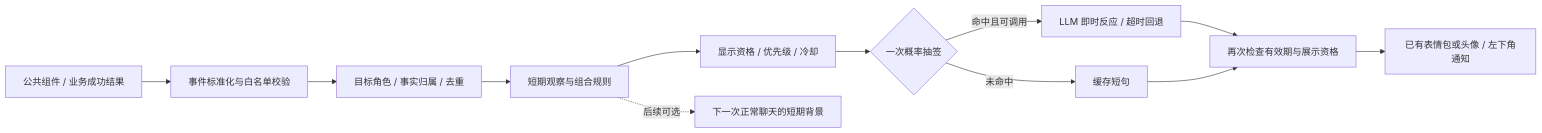
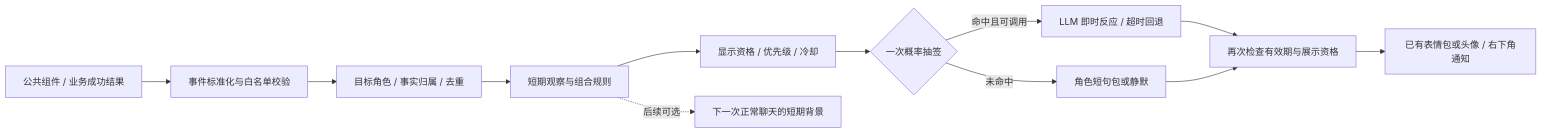
Before and after one commit to LingYuYue1/galgame-with-comfyUI: the diagram in docs/character-reaction-notification-plan.md, drawn with Mermaid. The commit also changed other lines of this file and 12 other files, not shown here.

````diff
--- a/docs/character-reaction-notification-plan.md
+++ b/docs/character-reaction-notification-plan.md
@@ -182,14 +182,14 @@
 ```mermaid
 flowchart LR
   A[公共组件 / 业务成功结果] --> B[事件标准化与白名单校验]
   B --> C[目标角色 / 事实归属 / 去重]
   C --> D[短期观察与组合规则]
   D --> E[显示资格 / 优先级 / 冷却]
   E --> I{一次概率抽签}
-  I -->|未命中| F[缓存短句]
+  I -->|未命中| F[角色短句包或静默]
   I -->|命中且可调用| J[LLM 即时反应 / 超时回退]
   J --> K[再次检查有效期与展示资格]
   F --> K
-  K --> G[已有表情包或头像 / 左下角通知]
+  K --> G[已有表情包或头像 / 右下角通知]
   D -. 后续可选 .-> H[下一次正常聊天的短期背景]
 ```
````
